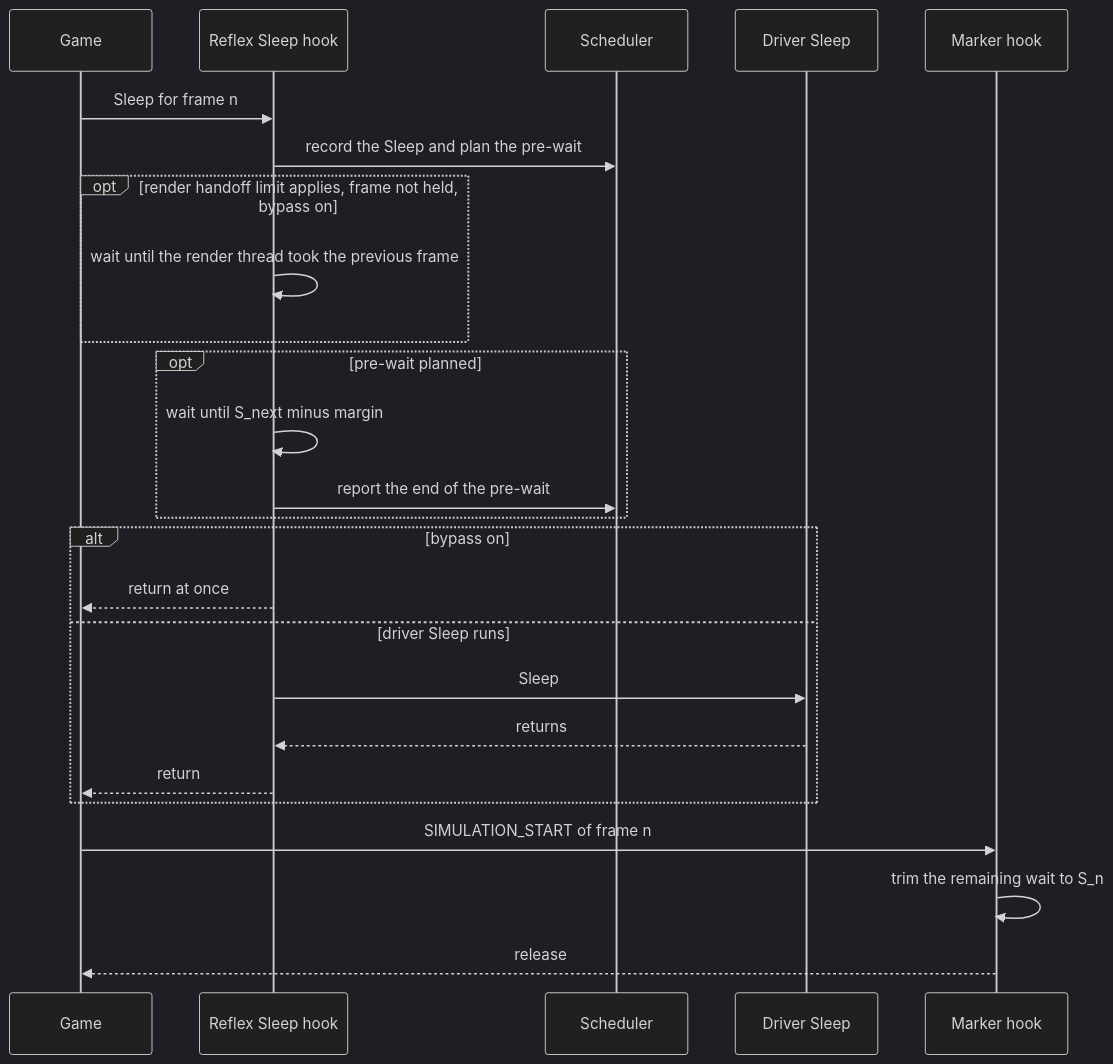
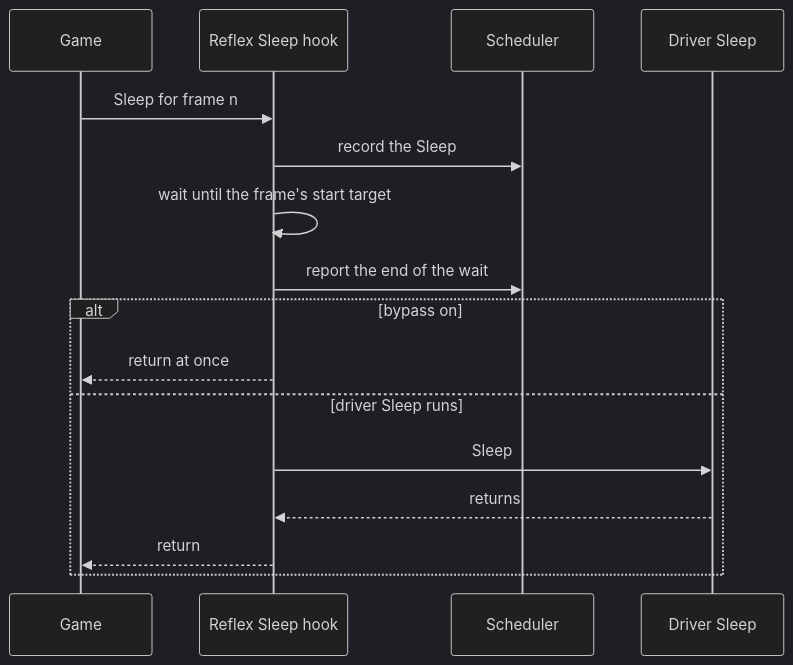
One commit to RankFTW/ReLimiter changed the fifth of 9 diagrams in docs/FRAME_PACING.md. Above: the diagram before and after it, drawn with Mermaid (dark theme). The commit also changed other lines of this file and 34 other files, not shown here.

````diff
--- a/docs/FRAME_PACING.md
+++ b/docs/FRAME_PACING.md
@@ -283,27 +271,18 @@
 ```mermaid
 sequenceDiagram
     participant Game
     participant Hook as Reflex Sleep hook
     participant Sched as Scheduler
     participant Driver as Driver Sleep
-    participant Marker as Marker hook
     Game->>Hook: Sleep for frame n
-    Hook->>Sched: record the Sleep and plan the pre-wait
-    opt render handoff limit applies, frame not held, bypass on
-        Hook->>Hook: wait until the render thread took the previous frame
-    end
-    opt pre-wait planned
-        Hook->>Hook: wait until S_next minus margin
-        Hook->>Sched: report the end of the pre-wait
-    end
+    Hook->>Sched: record the Sleep
+    Hook->>Hook: wait until the frame's start target
+    Hook->>Sched: report the end of the wait
     alt bypass on
         Hook-->>Game: return at once
     else driver Sleep runs
         Hook->>Driver: Sleep
         Driver-->>Hook: returns
         Hook-->>Game: return
     end
-    Game->>Marker: SIMULATION_START of frame n
-    Marker->>Marker: trim the remaining wait to S_n
-    Marker-->>Game: release
 ```
````
